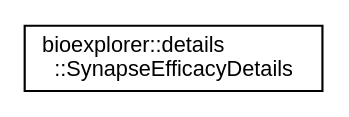
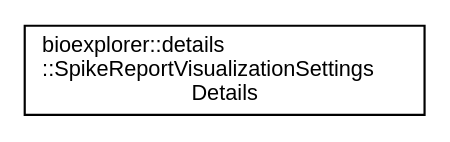
Before and after one commit to BlueBrain/BioExplorer: the diagram in docs/inherit_graph_65.dot, drawn with Graphviz. The commit also changed 1194 other files, not shown here.

```diff
--- a/docs/inherit_graph_65.dot
+++ b/docs/inherit_graph_65.dot
@@ -1,8 +1,8 @@
 digraph "Graphical Class Hierarchy"
 {
  // LATEX_PDF_SIZE
   edge [fontname="Helvetica",fontsize="10",labelfontname="Helvetica",labelfontsize="10"];
   node [fontname="Helvetica",fontsize="10",shape=record];
   rankdir="LR";
-  Node0 [label="bioexplorer::details\l::SynapseEfficacyDetails",height=0.2,width=0.4,color="black", fillcolor="white", style="filled",URL="$d4/d3d/structbioexplorer_1_1details_1_1SynapseEfficacyDetails.html",tooltip=" "];
+  Node0 [label="bioexplorer::details\l::SpikeReportVisualizationSettings\lDetails",height=0.2,width=0.4,color="black", fillcolor="white", style="filled",URL="$d8/d37/structbioexplorer_1_1details_1_1SpikeReportVisualizationSettingsDetails.html",tooltip=" "];
 }
```
